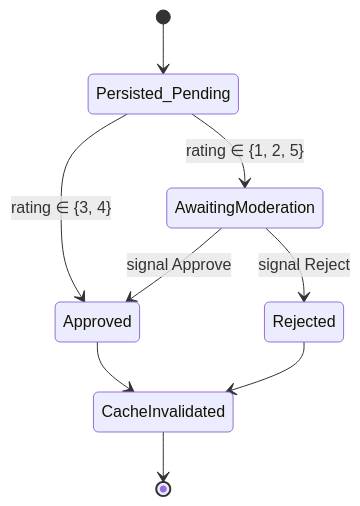
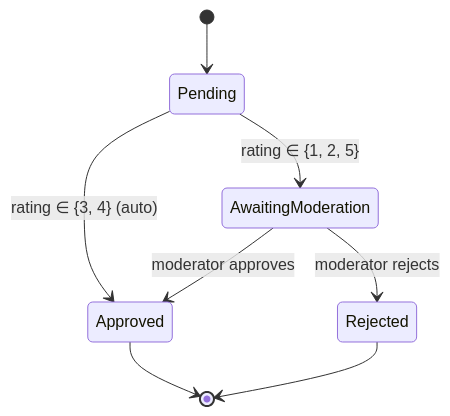
The seventh of 12 diagrams in docs/flows.md (KaliCZ/reviews), drawn with Mermaid before and after one commit. The commit also changed other lines of this file and 13 other files, not shown here.

````diff
--- a/docs/flows.md
+++ b/docs/flows.md
@@ -215,11 +213,10 @@
 ```mermaid
 stateDiagram-v2
-    [*] --> Persisted_Pending
-    Persisted_Pending --> AwaitingModeration: rating ∈ {1, 2, 5}
-    Persisted_Pending --> Approved: rating ∈ {3, 4}
-    AwaitingModeration --> Approved: signal Approve
-    AwaitingModeration --> Rejected: signal Reject
-    Approved --> CacheInvalidated
-    Rejected --> CacheInvalidated
-    CacheInvalidated --> [*]
+    [*] --> Pending
+    Pending --> Approved: rating ∈ {3, 4} (auto)
+    Pending --> AwaitingModeration: rating ∈ {1, 2, 5}
+    AwaitingModeration --> Approved: moderator approves
+    AwaitingModeration --> Rejected: moderator rejects
+    Approved --> [*]
+    Rejected --> [*]
 ```
````
